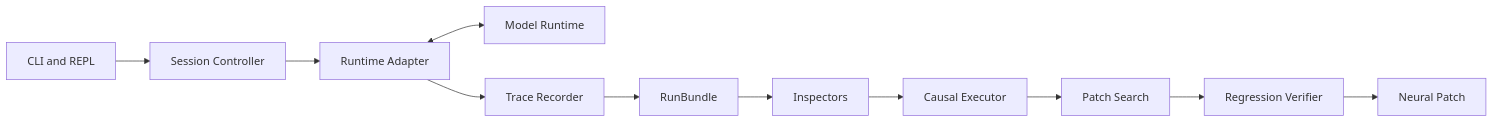
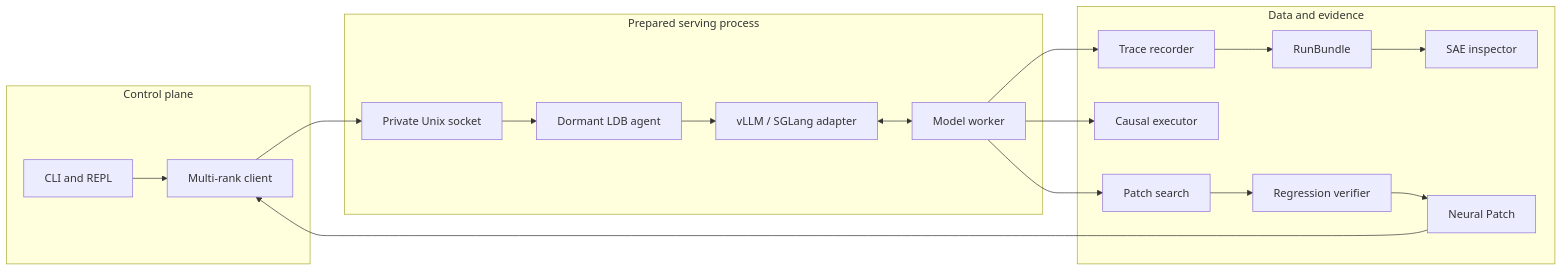
Before and after one commit to sec4si/LDB: the diagram in docs/architecture-v0.1.md, drawn with Mermaid. The commit also changed 5 other files, not shown here.

Commit message:
Add architecture decisions and GPU acceptance harness

````diff
--- a/docs/architecture-v0.1.md
+++ b/docs/architecture-v0.1.md
@@ -19,13 +19,32 @@
 ```mermaid
 flowchart LR
-    CLI[CLI and REPL] --> SESSION[Session Controller]
-    SESSION --> ADAPTER[Runtime Adapter]
-    ADAPTER <--> MODEL[Model Runtime]
-    ADAPTER --> TRACE[Trace Recorder]
-    TRACE --> BUNDLE[RunBundle]
-    BUNDLE --> INSPECT[Inspectors]
-    INSPECT --> CAUSAL[Causal Executor]
-    CAUSAL --> SEARCH[Patch Search]
-    SEARCH --> VERIFY[Regression Verifier]
-    VERIFY --> PATCH[Neural Patch]
+    subgraph Control[Control plane]
+        CLI[CLI and REPL]
+        CLIENT[Multi-rank client]
+        CLI --> CLIENT
+    end
+
+    subgraph Serving[Prepared serving process]
+        SOCKET[Private Unix socket]
+        AGENT[Dormant LDB agent]
+        ADAPTER[vLLM / SGLang adapter]
+        MODEL[Model worker]
+        CLIENT --> SOCKET --> AGENT
+        AGENT --> ADAPTER <--> MODEL
+    end
+
+    subgraph Artifacts[Data and evidence]
+        TRACE[Trace recorder]
+        BUNDLE[RunBundle]
+        SAE[SAE inspector]
+        CAUSAL[Causal executor]
+        SEARCH[Patch search]
+        VERIFY[Regression verifier]
+        PATCH[Neural Patch]
+        MODEL --> TRACE --> BUNDLE
+        BUNDLE --> SAE
+        MODEL --> CAUSAL
+        MODEL --> SEARCH --> VERIFY --> PATCH
+        PATCH --> CLIENT
+    end
 ```
````
